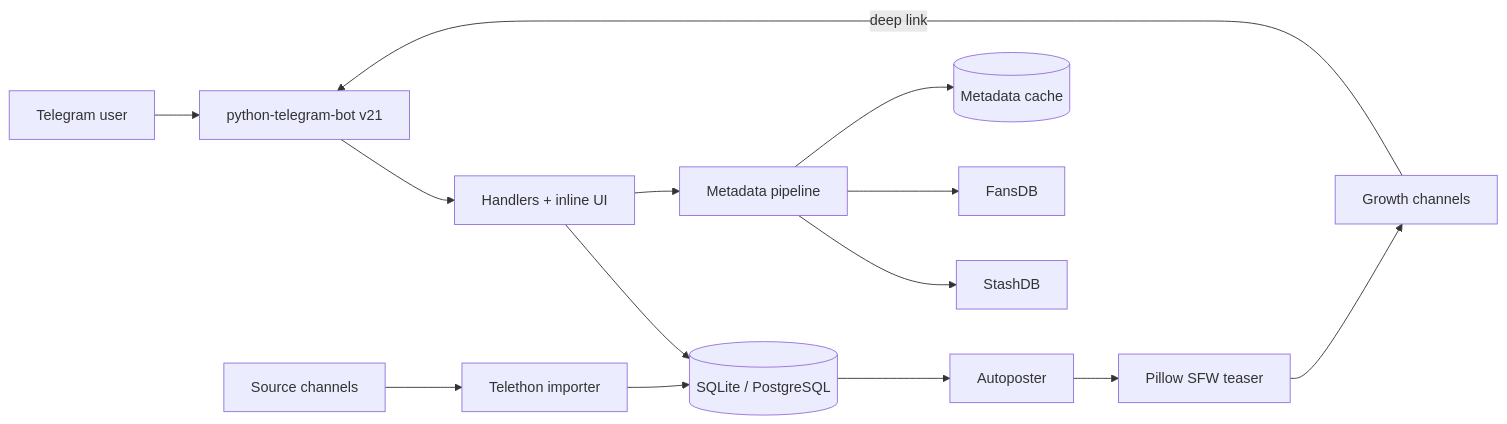
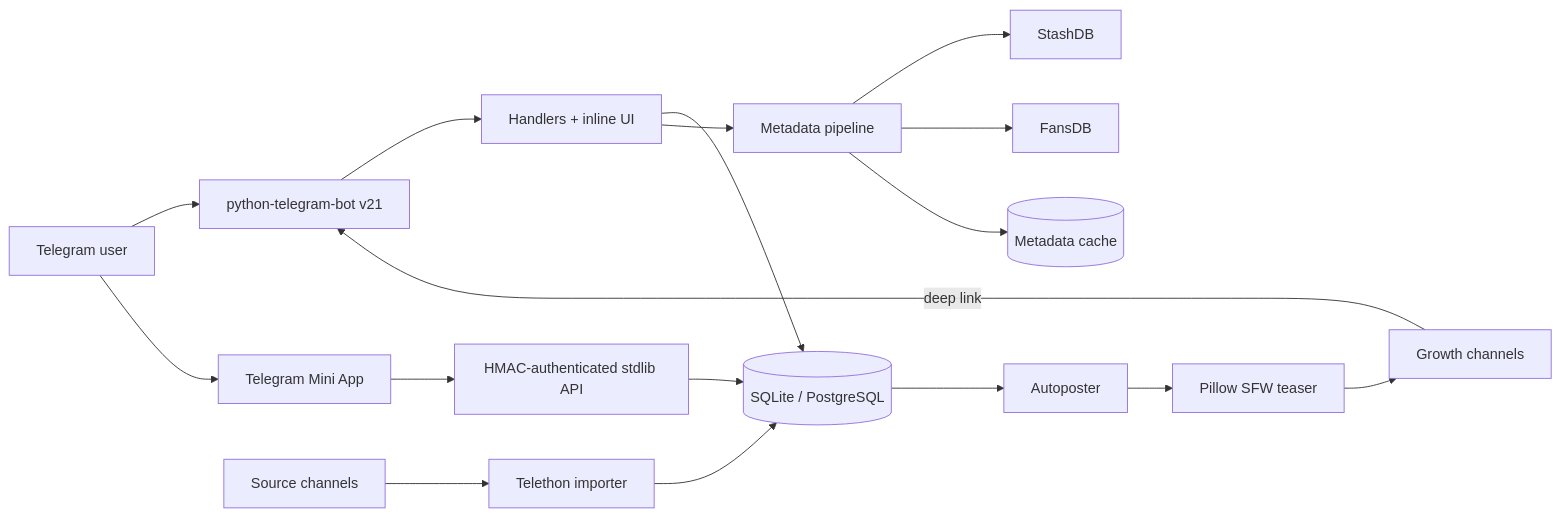
Before and after one commit to Therazerhub/NoDick: the diagram in README.md, drawn with Mermaid. The commit also changed other lines of this file and 13 other files, not shown here.

First line of the commit message:
feat: growth analytics, force-join hardening, and Telegram Mini App

````diff
--- a/README.md
+++ b/README.md
@@ -162,18 +165,21 @@
 ```mermaid
 flowchart LR
     U[Telegram user] --> PTB[python-telegram-bot v21]
+    U --> WEB[Telegram Mini App]
     PTB --> APP[Handlers + inline UI]
+    WEB --> API[HMAC-authenticated stdlib API]
+    API --> DB
     APP --> DB[(SQLite / PostgreSQL)]
     APP --> META[Metadata pipeline]
     META --> SDB[StashDB]
     META --> FDB[FansDB]
     META --> CACHE[(Metadata cache)]
 
     CH[Source channels] --> TEL[Telethon importer]
     TEL --> DB
 
     DB --> POSTER[Autoposter]
     POSTER --> BLUR[Pillow SFW teaser]
     BLUR --> PUB[Growth channels]
     PUB -->|deep link| PTB
 ```
````
